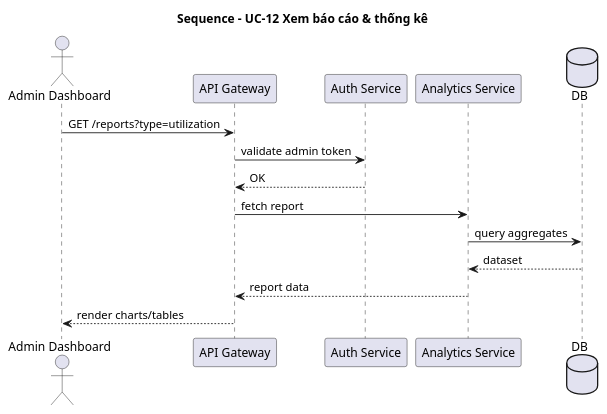
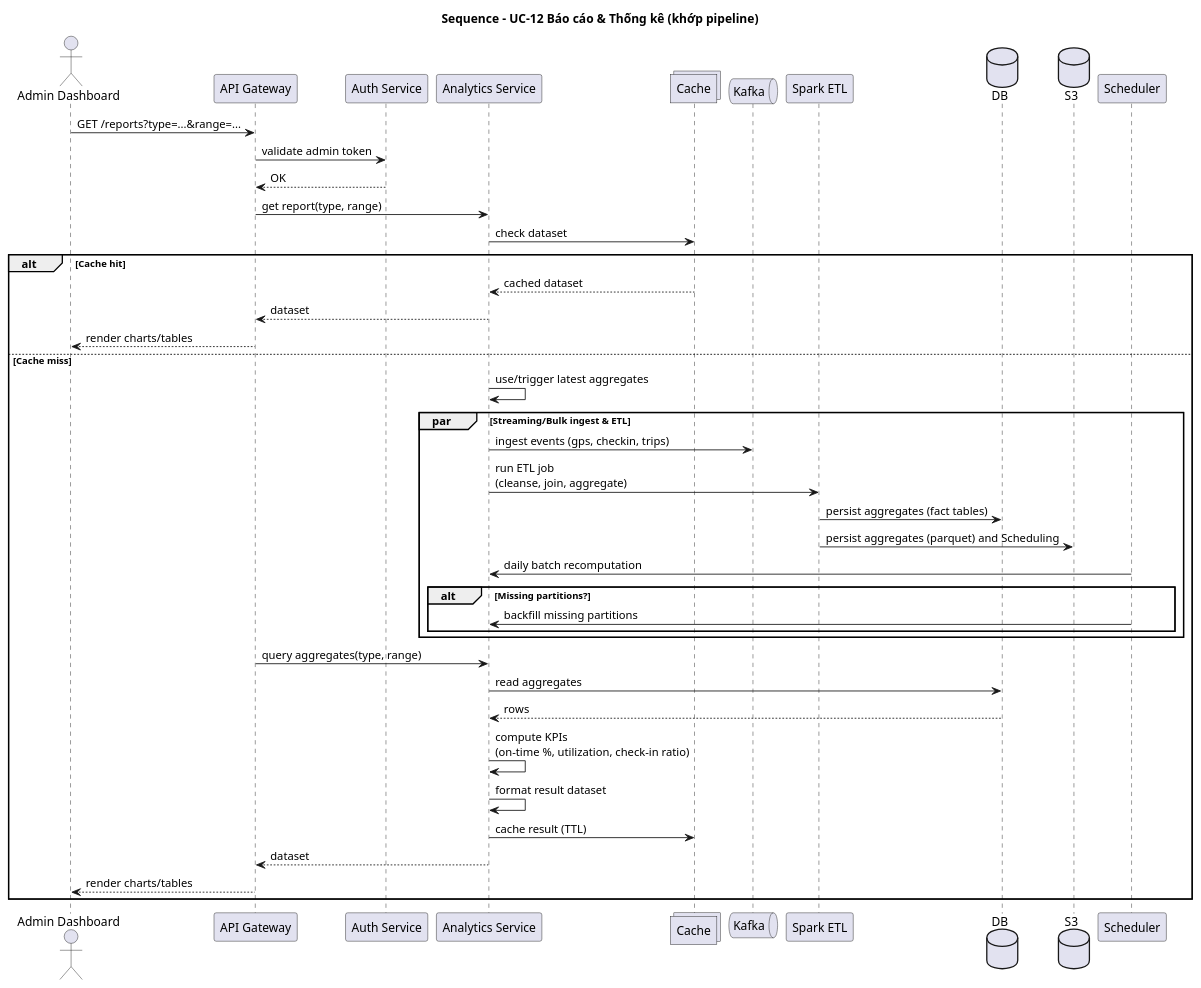
Before and after one commit to phuongbv00/hust-bus-stop: the diagram in docs/uml/sequence/sequence_uc12_reporting.puml, drawn with PlantUML. The commit also changed 26 other files, not shown here.

Commit message:
docs: update diagrams

```diff
--- a/docs/uml/sequence/sequence_uc12_reporting.puml
+++ b/docs/uml/sequence/sequence_uc12_reporting.puml
@@ -1,17 +1,58 @@
 @startuml
-title Sequence - UC-12 Xem báo cáo & thống kê
+title Sequence - UC-12 Báo cáo & Thống kê (khớp pipeline)
 actor "Admin Dashboard" as AdminUI
 participant "API Gateway" as API
 participant "Auth Service" as Auth
 participant "Analytics Service" as Analytics
+collections "Cache" as Cache
+queue "Kafka" as Kafka
+participant "Spark ETL" as Spark
 database "DB" as DB
+database "S3" as S3
+participant "Scheduler" as Scheduler
 
-AdminUI -> API : GET /reports?type=utilization
+' 1) User initiates a report request
+AdminUI -> API : GET /reports?type=...&range=...
 API -> Auth : validate admin token
 Auth --> API : OK
-API -> Analytics : fetch report
-Analytics -> DB : query aggregates
-DB --> Analytics : dataset
-Analytics --> API : report data
-API --> AdminUI : render charts/tables
+
+' 2) API requests report from Analytics
+API -> Analytics : get report(type, range)
+
+' 3) Check cache first
+Analytics -> Cache : check dataset
+alt Cache hit
+  Cache --> Analytics : cached dataset
+  Analytics --> API : dataset
+  API --> AdminUI : render charts/tables
+else Cache miss
+  ' 4) Use/Trigger latest aggregates path
+  Analytics -> Analytics : use/trigger latest aggregates
+  
+  ' 5) Parallel data processing & scheduling per pipeline
+  par Streaming/Bulk ingest & ETL
+    Analytics -> Kafka : ingest events (gps, checkin, trips)
+    Analytics -> Spark : run ETL job\n(cleanse, join, aggregate)
+    Spark -> DB : persist aggregates (fact tables)
+    Spark -> S3 : persist aggregates (parquet) and Scheduling
+    Scheduler -> Analytics : daily batch recomputation
+    alt Missing partitions?
+      Scheduler -> Analytics : backfill missing partitions
+    end
+  end
+
+  ' 6) Query aggregates for the request
+  API -> Analytics : query aggregates(type, range)
+  Analytics -> DB : read aggregates
+  DB --> Analytics : rows
+  
+  ' 7) Compute KPIs and format
+  Analytics -> Analytics : compute KPIs\n(on-time %, utilization, check-in ratio)
+  Analytics -> Analytics : format result dataset
+  
+  ' 8) Cache and return
+  Analytics -> Cache : cache result (TTL)
+  Analytics --> API : dataset
+  API --> AdminUI : render charts/tables
+end
 @enduml
```
